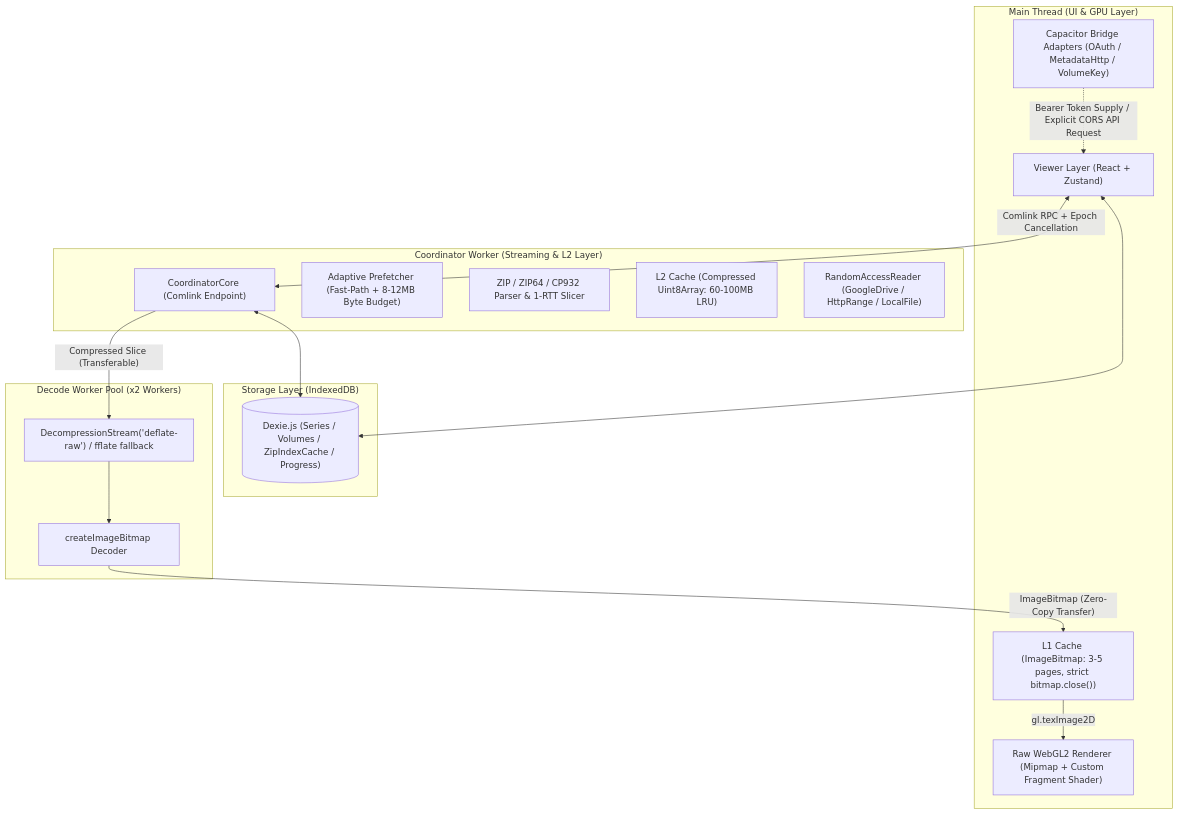
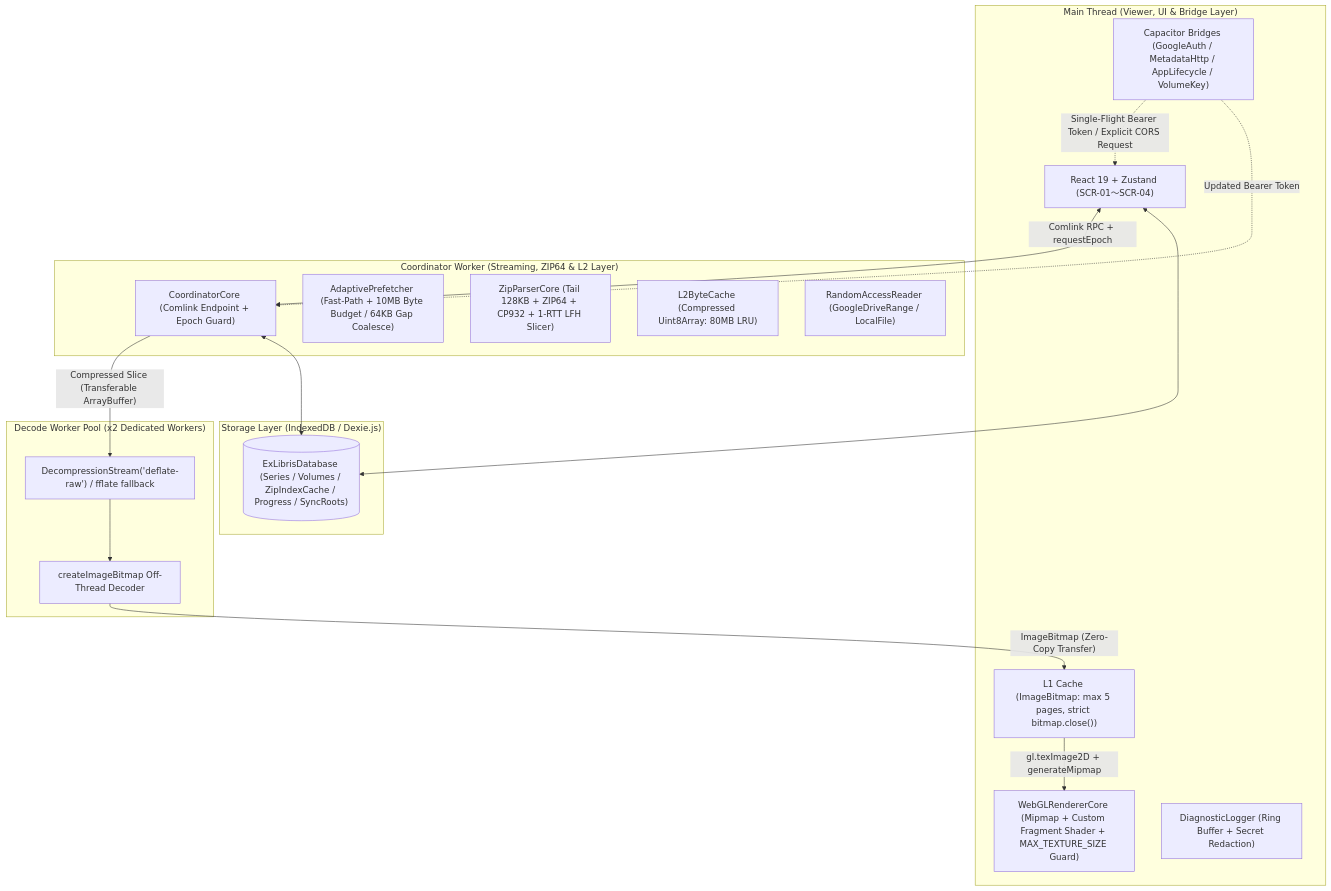
One commit to high-soar/ex-libris changed the diagram in docs/specs/architecture.md. Above: the diagram before and after it, drawn with Mermaid. The commit also changed other lines of this file and 3 other files, not shown here.

````diff
--- a/docs/specs/architecture.md
+++ b/docs/specs/architecture.md
@@ -28,35 +32,37 @@
 ```mermaid
 flowchart TB
-    subgraph UIThread["Main Thread (UI & GPU Layer)"]
-        UI["Viewer Layer (React + Zustand)"]
-        L1["L1 Cache (ImageBitmap: 3-5 pages, strict bitmap.close())"]
-        GL["Raw WebGL2 Renderer (Mipmap + Custom Fragment Shader)"]
-        Bridge["Capacitor Bridge Adapters (OAuth / MetadataHttp / VolumeKey)"]
+    subgraph UIThread["Main Thread (Viewer, UI & Bridge Layer)"]
+        UI["React 19 + Zustand (SCR-01〜SCR-04)"]
+        L1["L1 Cache (ImageBitmap: max 5 pages, strict bitmap.close())"]
+        GL["WebGLRendererCore (Mipmap + Custom Fragment Shader + MAX_TEXTURE_SIZE Guard)"]
+        Bridge["Capacitor Bridges (GoogleAuth / MetadataHttp / AppLifecycle / VolumeKey)"]
+        Diag["DiagnosticLogger (Ring Buffer + Secret Redaction)"]
     end
 
-    subgraph CoordThread["Coordinator Worker (Streaming & L2 Layer)"]
-        Coord["CoordinatorCore (Comlink Endpoint)"]
-        Prefetch["Adaptive Prefetcher (Fast-Path + 8-12MB Byte Budget)"]
-        ZipParser["ZIP / ZIP64 / CP932 Parser & 1-RTT Slicer"]
-        L2["L2 Cache (Compressed Uint8Array: 60-100MB LRU)"]
-        Reader["RandomAccessReader (GoogleDrive / HttpRange / LocalFile)"]
+    subgraph CoordThread["Coordinator Worker (Streaming, ZIP64 & L2 Layer)"]
+        Coord["CoordinatorCore (Comlink Endpoint + Epoch Guard)"]
+        Prefetch["AdaptivePrefetcher (Fast-Path + 10MB Byte Budget / 64KB Gap Coalesce)"]
+        ZipParser["ZipParserCore (Tail 128KB + ZIP64 + CP932 + 1-RTT LFH Slicer)"]
+        L2["L2ByteCache (Compressed Uint8Array: 80MB LRU)"]
+        Reader["RandomAccessReader (GoogleDriveRange / LocalFile)"]
     end
 
-    subgraph DecodeThreads["Decode Worker Pool (x2 Workers)"]
+    subgraph DecodeThreads["Decode Worker Pool (x2 Dedicated Workers)"]
         Inflate["DecompressionStream('deflate-raw') / fflate fallback"]
-        Decode["createImageBitmap Decoder"]
+        Decode["createImageBitmap Off-Thread Decoder"]
     end
 
-    subgraph LocalStorage["Storage Layer (IndexedDB)"]
-        Dexie[("Dexie.js (Series / Volumes / ZipIndexCache / Progress)")]
+    subgraph LocalStorage["Storage Layer (IndexedDB / Dexie.js)"]
+        Dexie[("ExLibrisDatabase (Series / Volumes / ZipIndexCache / Progress / SyncRoots)")]
     end
 
-    UI <-->|"Comlink RPC + Epoch Cancellation"| Coord
-    Coord -->|"Compressed Slice (Transferable)"| Inflate
+    UI <-->|"Comlink RPC + requestEpoch"| Coord
+    Coord -->|"Compressed Slice (Transferable ArrayBuffer)"| Inflate
     Inflate --> Decode
     Decode -->|"ImageBitmap (Zero-Copy Transfer)"| L1
-    L1 -->|"gl.texImage2D"| GL
+    L1 -->|"gl.texImage2D + generateMipmap"| GL
     UI <--> Dexie
     Coord <--> Dexie
-    Bridge -.->|"Bearer Token Supply / Explicit CORS API Request"| UI
+    Bridge -.->|"Single-Flight Bearer Token / Explicit CORS Request"| UI
+    Bridge -.->|"Updated Bearer Token"| Coord
 ```
````
